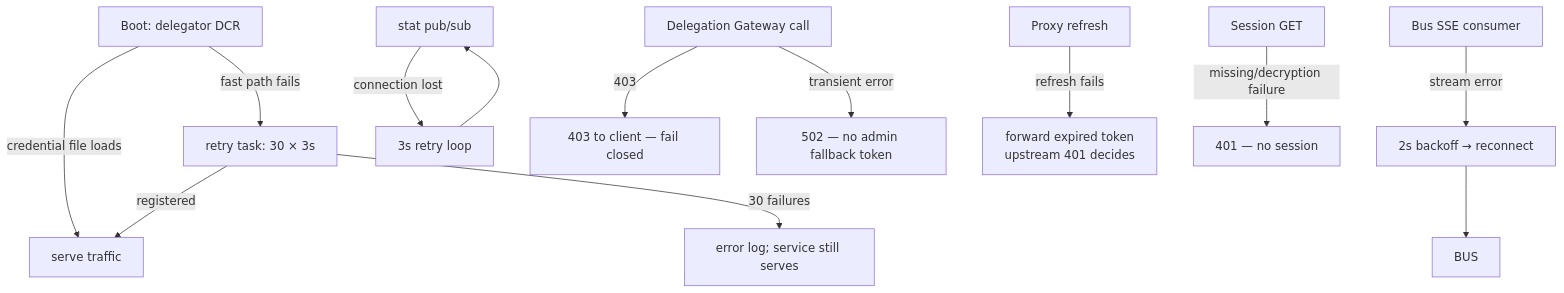
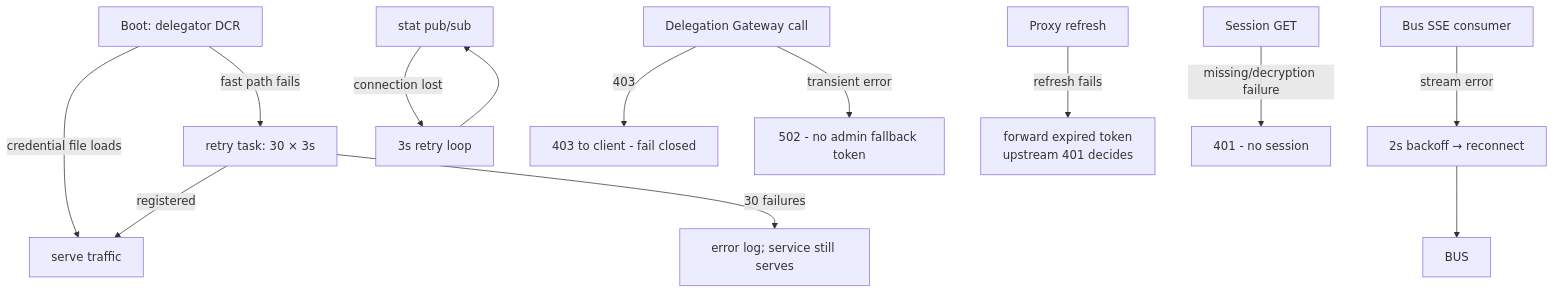
The ninth of 11 diagrams in docs/services/bff/design.md (Sentin8/sentin8-site), drawn with Mermaid before and after one commit. The commit also changed other lines of this file and 105 other files, not shown here.

````diff
--- a/docs/services/bff/design.md
+++ b/docs/services/bff/design.md
@@ -364,15 +364,15 @@
 ```mermaid
 flowchart TD
     A[Boot: delegator DCR] -->|credential file loads| OK[serve traffic]
     A -->|fast path fails| R1[retry task: 30 × 3s]
     R1 -->|registered| OK
     R1 -->|30 failures| LOG[error log; service still serves]
     B[Bus SSE consumer] -->|stream error| R2[2s backoff → reconnect]
     R2 --> BUS
     C[stat pub/sub] -->|connection lost| R3[3s retry loop]
     R3 --> C
-    D[Delegation Gateway call] -->|403| DENY[403 to client — fail closed]
-    D -->|transient error| E502[502 — no admin fallback token]
+    D[Delegation Gateway call] -->|403| DENY[403 to client - fail closed]
+    D -->|transient error| E502[502 - no admin fallback token]
     P[Proxy refresh] -->|refresh fails| FWD[forward expired token<br/>upstream 401 decides]
-    S[Session GET] -->|missing/decryption failure| R401[401 — no session]
+    S[Session GET] -->|missing/decryption failure| R401[401 - no session]
 ```
````
